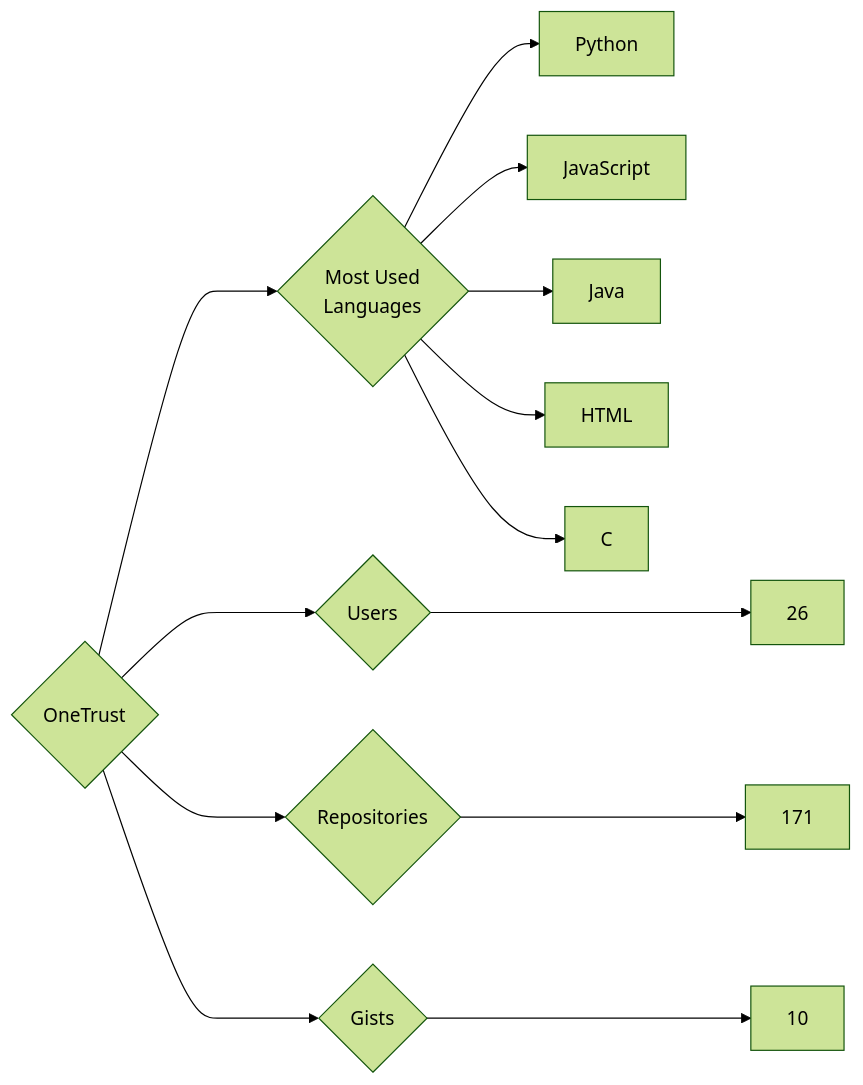
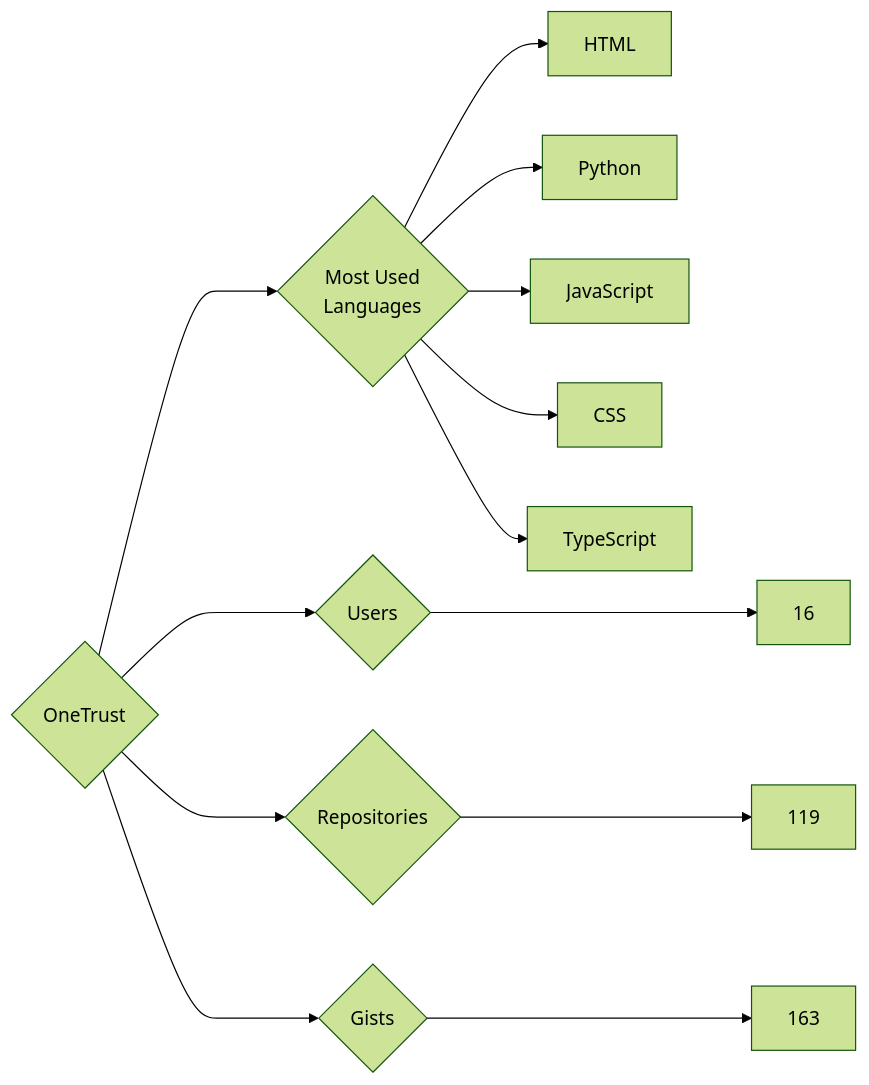
Before and after one commit to trickest/insiders: the diagram in targets/OneTrust/README.md, drawn with Mermaid (forest theme). The commit also changed 940 other files, not shown here.

````diff
--- a/targets/OneTrust/README.md
+++ b/targets/OneTrust/README.md
@@ -3,13 +3,13 @@
 ```mermaid
 graph LR
 COMPANY_NAME{OneTrust}
-COMPANY_NAME ---> U{Users} ---> UN[26]
-COMPANY_NAME ---> R{Repositories} ---> RN[171]
-COMPANY_NAME ---> G{Gists} ---> GN[10]
+COMPANY_NAME ---> U{Users} ---> UN[16]
+COMPANY_NAME ---> R{Repositories} ---> RN[119]
+COMPANY_NAME ---> G{Gists} ---> GN[163]
 COMPANY_NAME ---> ML{Most Used<br>Languages}
+ML --> HTML[HTML]
 ML --> Python[Python]
 ML --> JavaScript[JavaScript]
-ML --> Java[Java]
-ML --> HTML[HTML]
-ML --> C[C]
+ML --> CSS[CSS]
+ML --> TypeScript[TypeScript]
 ```
````
